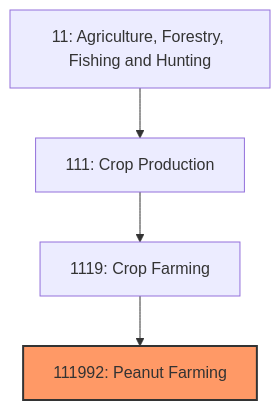
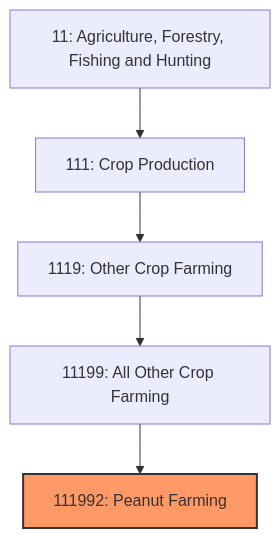
Before and after one commit to kziemski/business.org.ai: the first of 3 diagrams in industries/Agriculture/CropProduction/CropFarming/PeanutFarming.mdx, drawn with Mermaid. The commit also changed other lines of this file and 67 other files, not shown here.

````diff
--- a/industries/Agriculture/CropProduction/CropFarming/PeanutFarming.mdx
+++ b/industries/Agriculture/CropProduction/CropFarming/PeanutFarming.mdx
@@ -20,8 +34,9 @@
 ```mermaid
 graph TD
     S11["11: Agriculture, Forestry, Fishing and Hunting"]
     S11 --> N111["111: Crop Production"]
-    N111 --> N1119["1119: Crop Farming"]
-    N1119 --> N111992["111992: Peanut Farming"]
+    N111 --> N1119["1119: Other Crop Farming"]
+    N1119 --> N11199["11199: All Other Crop Farming"]
+    N11199 --> N111992["111992: Peanut Farming"]
     style N111992 fill:#f96,stroke:#333,stroke-width:2px
 ```
````
